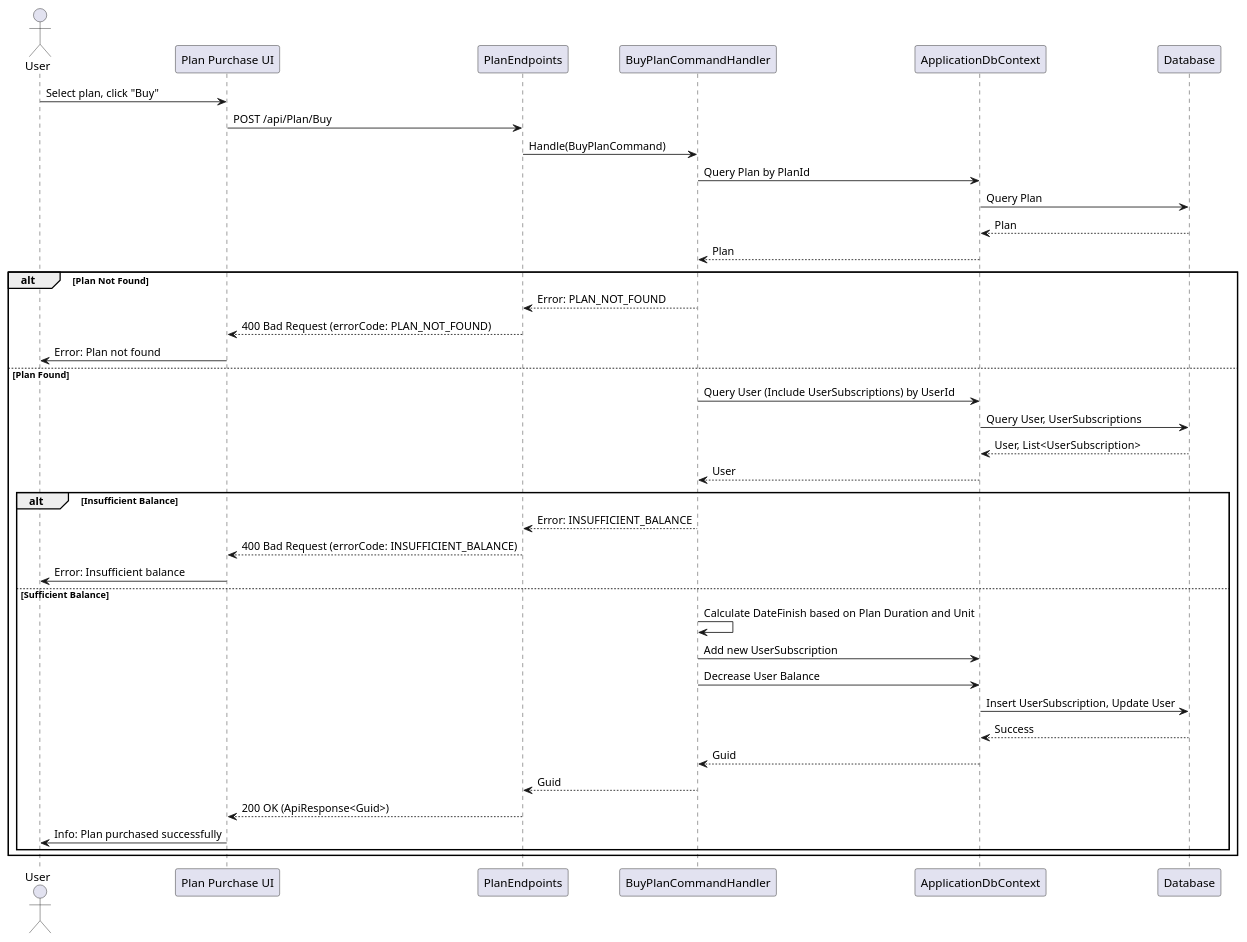
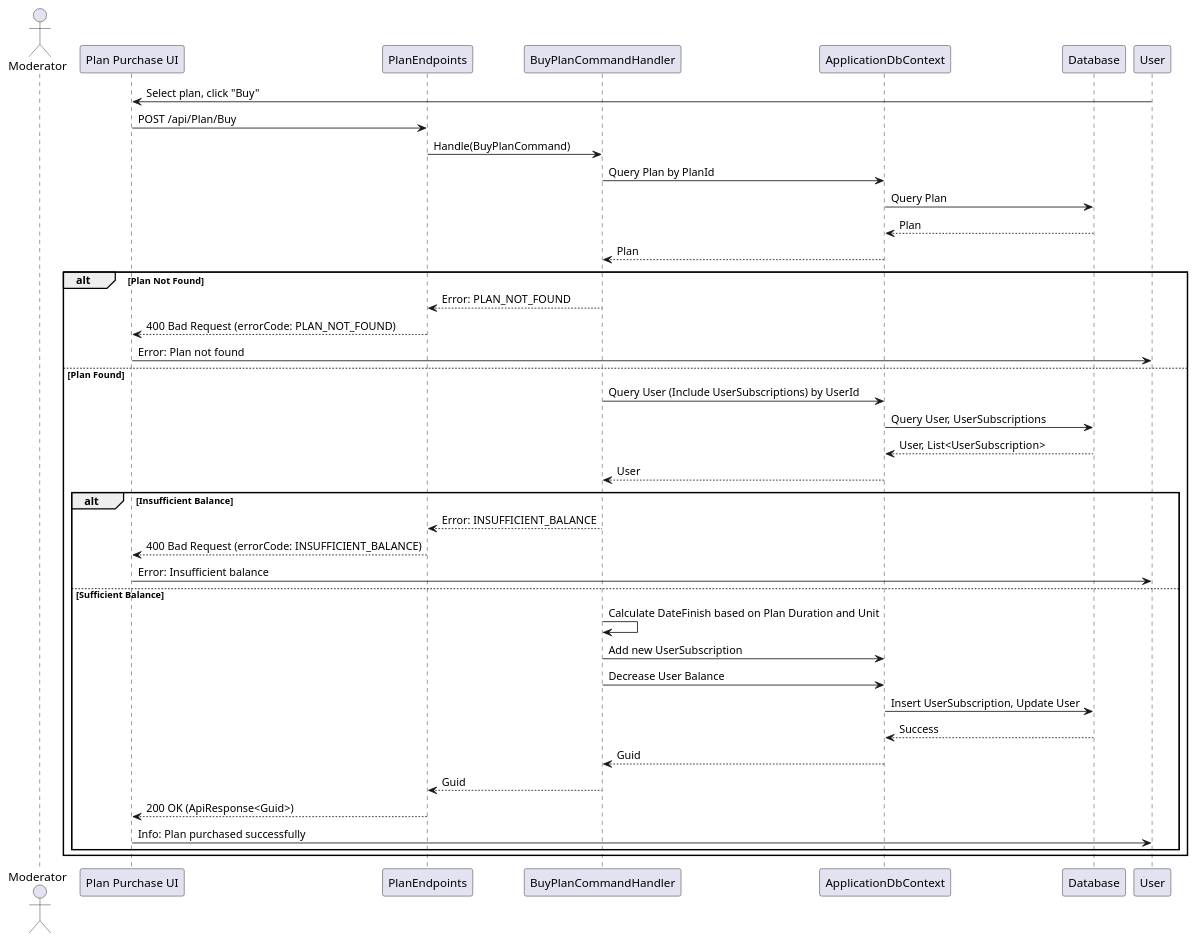
One commit to thanhkhac/SEP_Diagram changed the diagram in Plans/Sequence/BuyPlanCommand.puml. Above: the diagram before and after it, drawn with PlantUML. The commit also changed 18 other files, not shown here.

First line of the commit message:
Add architecture and ERD diagrams

```diff
--- a/Plans/Sequence/BuyPlanCommand.puml
+++ b/Plans/Sequence/BuyPlanCommand.puml
@@ -1,41 +1,41 @@
 @startuml
-actor User
+actor Moderator
 participant "Plan Purchase UI" as UI
 participant PlanEndpoints
 participant BuyPlanCommandHandler as Handler
 participant ApplicationDbContext
 participant Database
 
 User -> UI : Select plan, click "Buy"
 UI -> PlanEndpoints : POST /api/Plan/Buy
 PlanEndpoints -> Handler : Handle(BuyPlanCommand)
 Handler -> ApplicationDbContext : Query Plan by PlanId
 ApplicationDbContext -> Database : Query Plan
 Database --> ApplicationDbContext : Plan
 ApplicationDbContext --> Handler : Plan
 alt Plan Not Found
     Handler --> PlanEndpoints : Error: PLAN_NOT_FOUND
     PlanEndpoints --> UI : 400 Bad Request (errorCode: PLAN_NOT_FOUND)
     UI -> User : Error: Plan not found
 else Plan Found
     Handler -> ApplicationDbContext : Query User (Include UserSubscriptions) by UserId
     ApplicationDbContext -> Database : Query User, UserSubscriptions
     Database --> ApplicationDbContext : User, List<UserSubscription>
     ApplicationDbContext --> Handler : User
     alt Insufficient Balance
         Handler --> PlanEndpoints : Error: INSUFFICIENT_BALANCE
         PlanEndpoints --> UI : 400 Bad Request (errorCode: INSUFFICIENT_BALANCE)
         UI -> User : Error: Insufficient balance
     else Sufficient Balance
         Handler -> Handler : Calculate DateFinish based on Plan Duration and Unit
         Handler -> ApplicationDbContext : Add new UserSubscription
         Handler -> ApplicationDbContext : Decrease User Balance
         ApplicationDbContext -> Database : Insert UserSubscription, Update User
         Database --> ApplicationDbContext : Success
         ApplicationDbContext --> Handler : Guid
         Handler --> PlanEndpoints : Guid
         PlanEndpoints --> UI : 200 OK (ApiResponse<Guid>)
         UI -> User : Info: Plan purchased successfully
     end
 end
 @enduml
```
